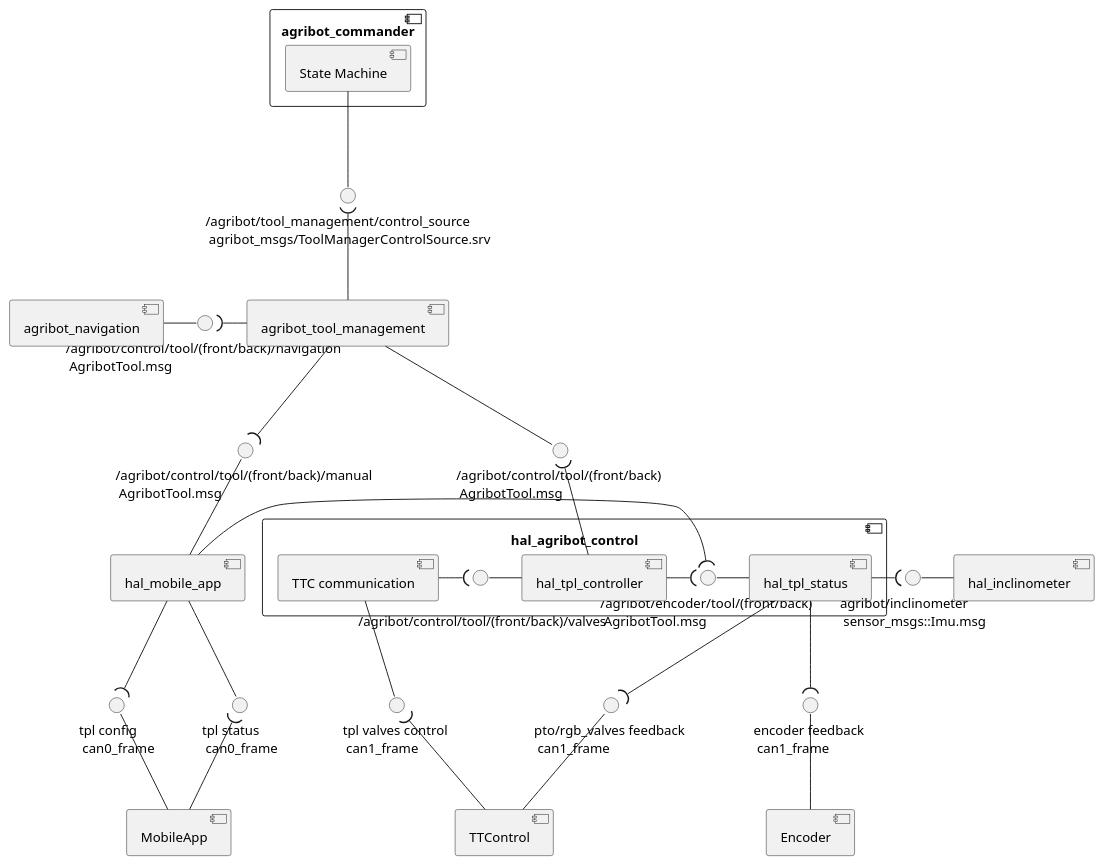
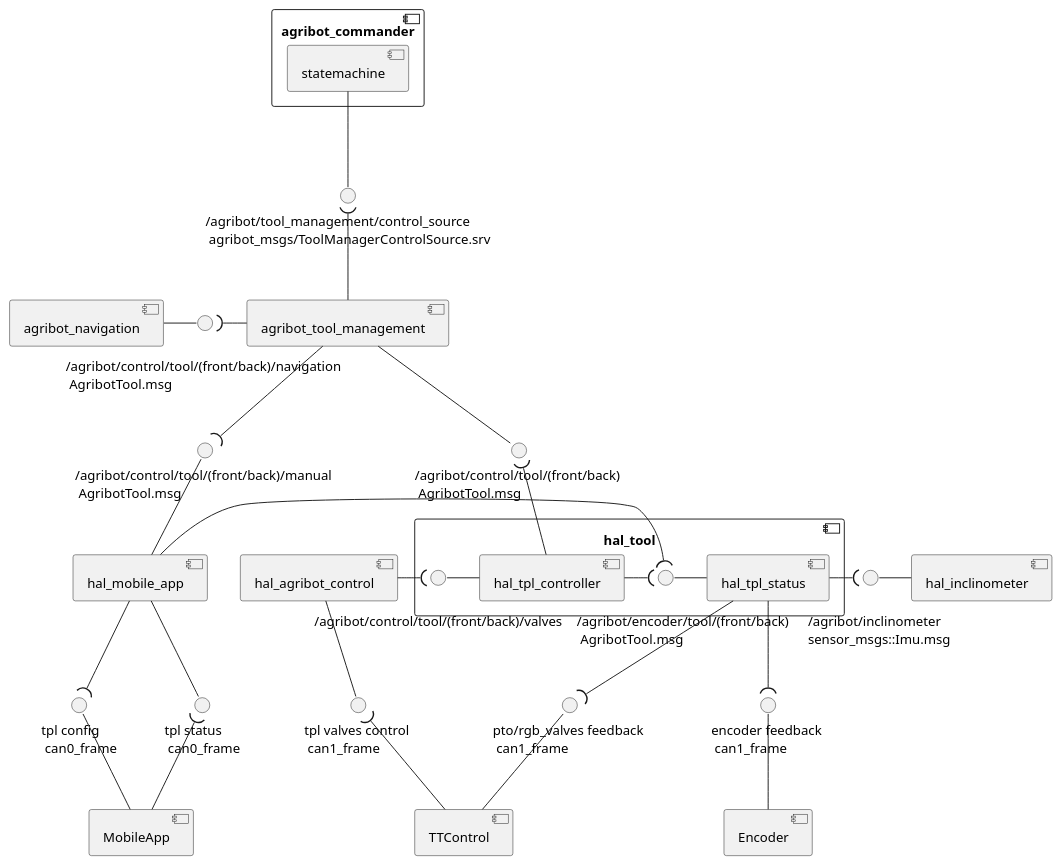
The diagram in doc/tpl_component/tpl_control_component.plantuml (agribot-2-0/agribot_tools_management), drawn with PlantUML before and after one commit.

Commit message:
Cleanup of diagram

```diff
--- a/doc/tpl_component/tpl_control_component.plantuml
+++ b/doc/tpl_component/tpl_control_component.plantuml
@@ -1,85 +1,68 @@
 @startuml
 
-() "/agribot/control/tool/(front/back)/manual \n AgribotTool.msg" as manual_control_tool
-() "/agribot/control/tool/(front/back)/navigation \n AgribotTool.msg" as navi_control_tool
-() "/agribot/control/tool/(front/back) \n AgribotTool.msg" as control_tool
-() "/agribot/tool_management/control_source \n agribot_msgs/ToolManagerControlSource.srv" as control_source
+() "/agribot/control/tool/(front/back)/manual \n AgribotTool.msg" as manual_control_tool_msg
+() "\n/agribot/control/tool/(front/back)/navigation \n AgribotTool.msg" as navi_control_tool_msg
+() "/agribot/control/tool/(front/back) \n AgribotTool.msg" as control_tool_msg
+() "/agribot/tool_management/control_source \n agribot_msgs/ToolManagerControlSource.srv" as control_source_srv
 () "tpl status \n can0_frame" as tpl_status_can0
 () "tpl config \n can0_frame" as tpl_config_can0
 () "encoder feedback \n can1_frame" as tpl_feedback_can1
 () "pto/rgb_valves feedback \n can1_frame" as tpl_valves_feedback_can1
 () "tpl valves control \n can1_frame" as tpl_control_can1
 
-  component agribot_commander {
-    [State Machine] as statemachine
-  }
+component agribot_commander {
+  [statemachine]
+}
 
-  component agribot_tool_management
-  component agribot_navigation
+() "\n     /agribot/inclinometer\n     sensor_msgs::Imu.msg" as hal_inclinometer_msg
 
-'
+component hal_tool {
+  () "\n/agribot/control/tool/(front/back)/valves" as control_valves_msg
+  () "\n           /agribot/encoder/tool/(front/back) \n            AgribotTool.msg" as tool_tpl_status_msg
 
-  () "agribot/inclinometer\n sensor_msgs::Imu.msg" as hal_inclinometer_topic
+  [hal_tpl_status]
+  [hal_tpl_controller]
 
+  [hal_tpl_controller] -( tool_tpl_status_msg
+  tool_tpl_status_msg - [hal_tpl_status]
 
-  component hal_agribot_control {
-    () "\n /agribot/control/tool/(front/back)/valves" as control_valves
-    () "/agribot/encoder/tool/(front/back) \n AgribotTool.msg" as tool_tpl_status
+  control_valves_msg - [hal_tpl_controller]
+}
 
-    [hal_tpl_status] as tpl_status
-    [hal_tpl_controller] as tpl_controller
+[hal_agribot_control] -( control_valves_msg
 
-    tpl_controller -( tool_tpl_status
-    tool_tpl_status - tpl_status
-    [TTC communication] as ttc_communication
+[hal_tpl_status] -( hal_inclinometer_msg
+hal_inclinometer_msg - [hal_inclinometer]
 
-    ttc_communication -( control_valves
-    control_valves - tpl_controller
-  }
+[statemachine] -- control_source_srv
 
-  tpl_status -( hal_inclinometer_topic
-  hal_inclinometer_topic - [hal_inclinometer]
-  component hal_inclinometer
-  component hal_mobile_app
+control_source_srv )-- [agribot_tool_management]
 
+[agribot_navigation] - navi_control_tool_msg
+navi_control_tool_msg )- [agribot_tool_management]
 
+[agribot_tool_management] --( manual_control_tool_msg
+[agribot_tool_management] -- control_tool_msg
 
-  component Encoder
-  component TTControl
-  component MobileApp
+control_tool_msg )-- [hal_tpl_controller]
 
-statemachine -- control_source 
+manual_control_tool_msg -- [hal_mobile_app]
 
-control_source )-- [agribot_tool_management] 
+tpl_config_can0 -- [MobileApp]
 
-[agribot_navigation] - navi_control_tool
-navi_control_tool )- [agribot_tool_management]
-
-agribot_tool_management --( manual_control_tool
-agribot_tool_management -- control_tool
-
-
-control_tool )-- tpl_controller
-
-manual_control_tool -- [hal_mobile_app]
-
-
-
-tpl_config_can0 -- MobileApp
-
-[hal_mobile_app] -- tpl_status_can0 
-tpl_status_can0 )-- MobileApp
+[hal_mobile_app] -- tpl_status_can0
+tpl_status_can0 )-- [MobileApp]
 
 [hal_mobile_app] --( tpl_config_can0
-[hal_mobile_app] -( tool_tpl_status
+[hal_mobile_app] -( tool_tpl_status_msg
 
-tpl_status --( tpl_feedback_can1
-tpl_feedback_can1 -- Encoder
+[hal_tpl_status] --( tpl_feedback_can1
+tpl_feedback_can1 -- [Encoder]
 
-tpl_status --( tpl_valves_feedback_can1
-tpl_valves_feedback_can1 -- TTControl
+[hal_tpl_status] --( tpl_valves_feedback_can1
+tpl_valves_feedback_can1 -- [TTControl]
 
-ttc_communication -- tpl_control_can1
-tpl_control_can1 )-- TTControl
+[hal_agribot_control] -- tpl_control_can1
+tpl_control_can1 )-- [TTControl]
 
 @enduml
```
